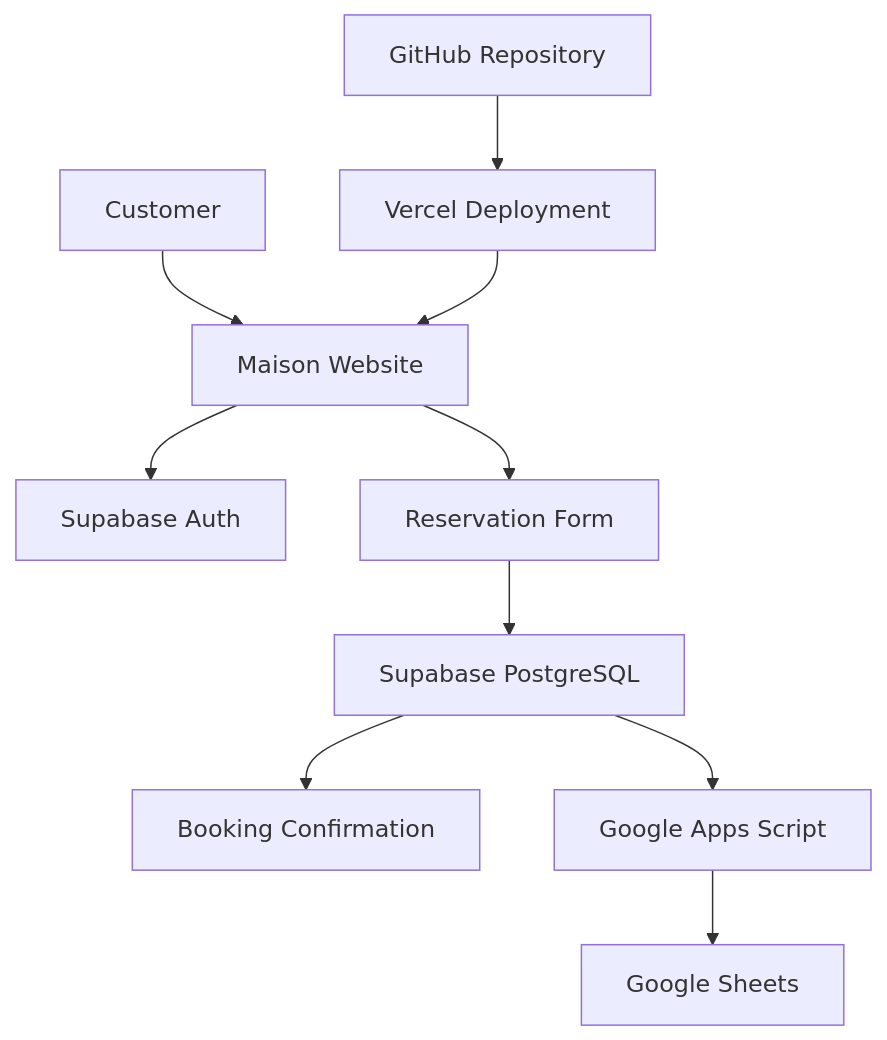
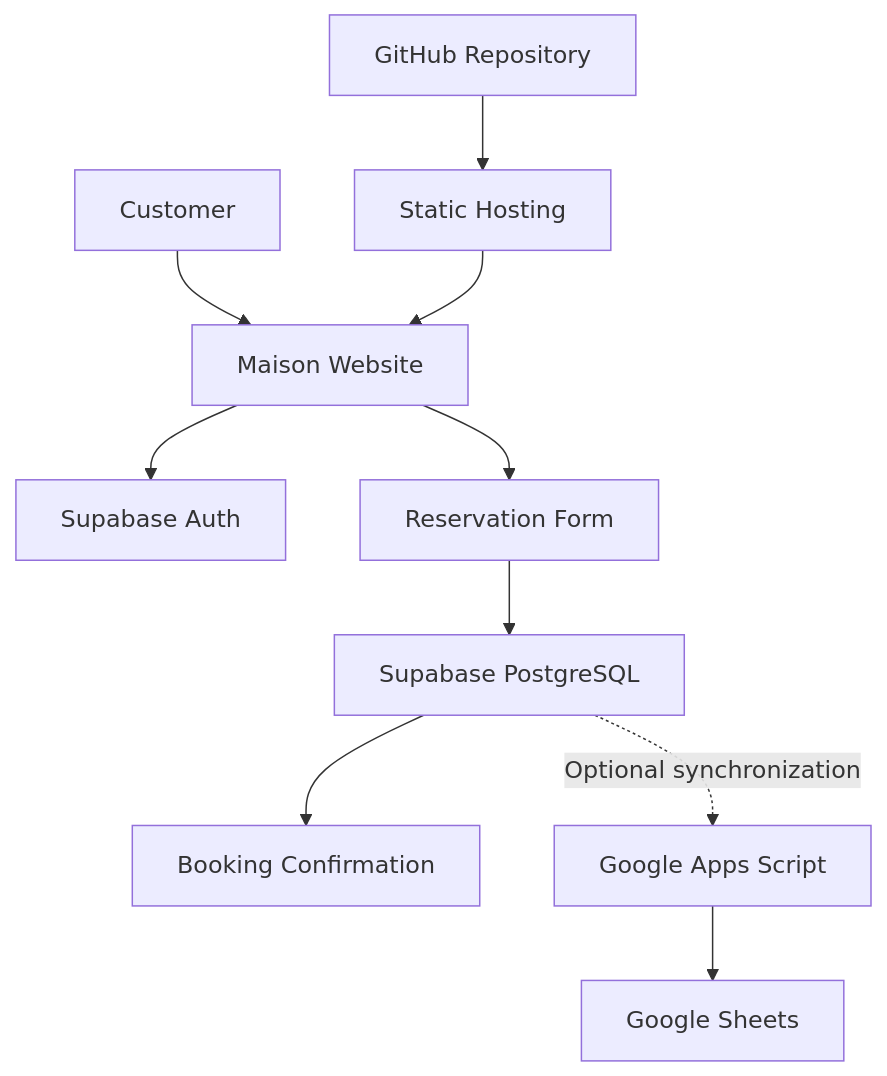
The diagram in README.md (Wahsahil/maison-restaurant), drawn with Mermaid before and after one commit. The commit also changed other lines of this file, not shown here.

````diff
--- a/README.md
+++ b/README.md
@@ -99,12 +132,12 @@
 ```mermaid
 flowchart TD
     A[Customer] --> B[Maison Website]
     B --> C[Supabase Auth]
     B --> D[Reservation Form]
     D --> E[Supabase PostgreSQL]
     E --> F[Booking Confirmation]
-    E --> G[Google Apps Script]
+    E -. Optional synchronization .-> G[Google Apps Script]
     G --> H[Google Sheets]
-    I[GitHub Repository] --> J[Vercel Deployment]
+    I[GitHub Repository] --> J[Static Hosting]
     J --> B
 ```
````
